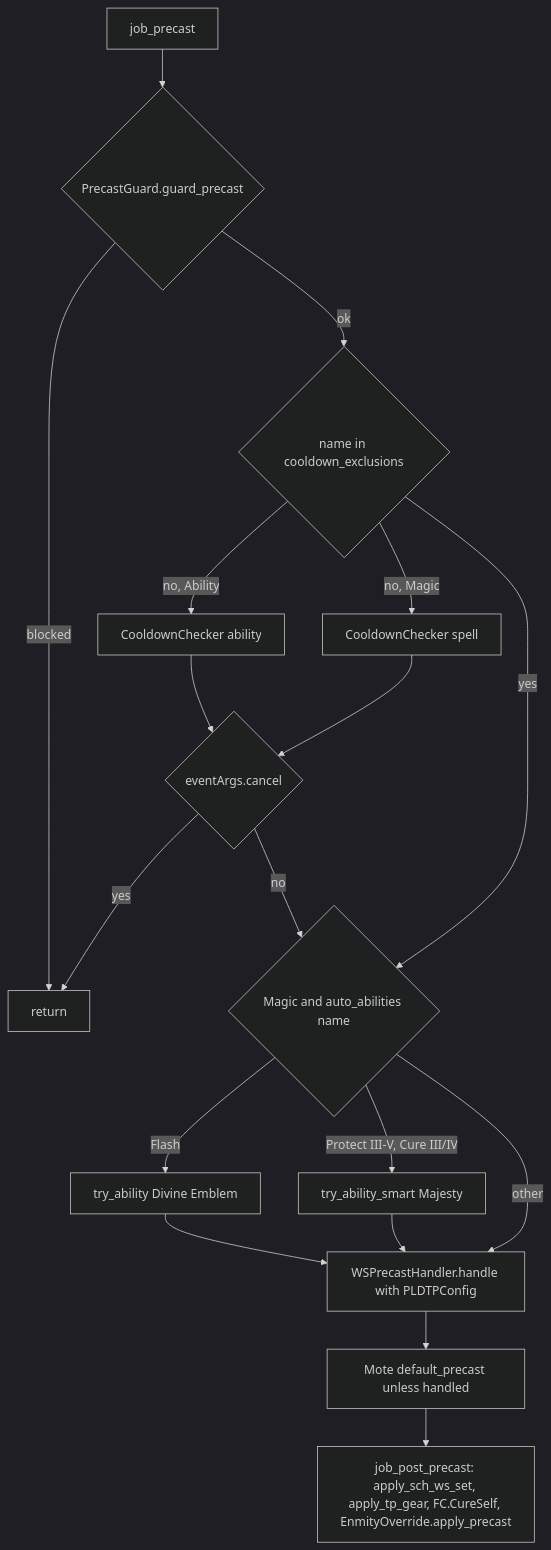
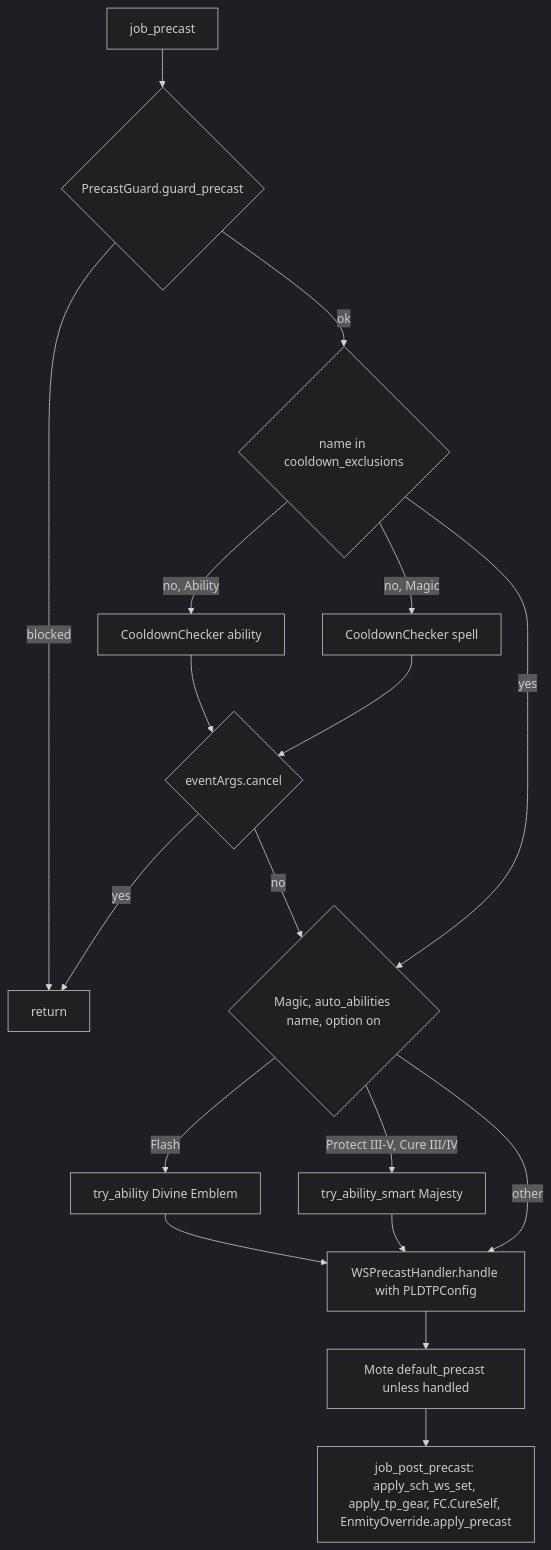
The second of 5 diagrams in docs/dev/jobs/pld.md (ejouanchicot/Gearswap), drawn with Mermaid (dark theme) before and after one commit. The commit also changed other lines of this file and 83 other files, not shown here.

````diff
--- a/docs/dev/jobs/pld.md
+++ b/docs/dev/jobs/pld.md
@@ -163,20 +164,20 @@
 ```mermaid
 flowchart TD
     A[job_precast] --> B{PrecastGuard.guard_precast}
     B -- blocked --> Z[return]
     B -- ok --> C{name in cooldown_exclusions}
     C -- no, Ability --> D[CooldownChecker ability]
     C -- no, Magic --> E[CooldownChecker spell]
     C -- yes --> F
     D --> G{eventArgs.cancel}
     E --> G
     G -- yes --> Z
-    G -- no --> F{Magic and auto_abilities name}
+    G -- no --> F{Magic, auto_abilities name, option on}
     F -- Flash --> H[try_ability Divine Emblem]
     F -- Protect III-V, Cure III/IV --> I[try_ability_smart Majesty]
     F -- other --> J
     H --> J[WSPrecastHandler.handle with PLDTPConfig]
     I --> J
     J --> L[Mote default_precast unless handled]
     L --> M[job_post_precast: apply_sch_ws_set, apply_tp_gear, FC.CureSelf, EnmityOverride.apply_precast]
 ```
````
